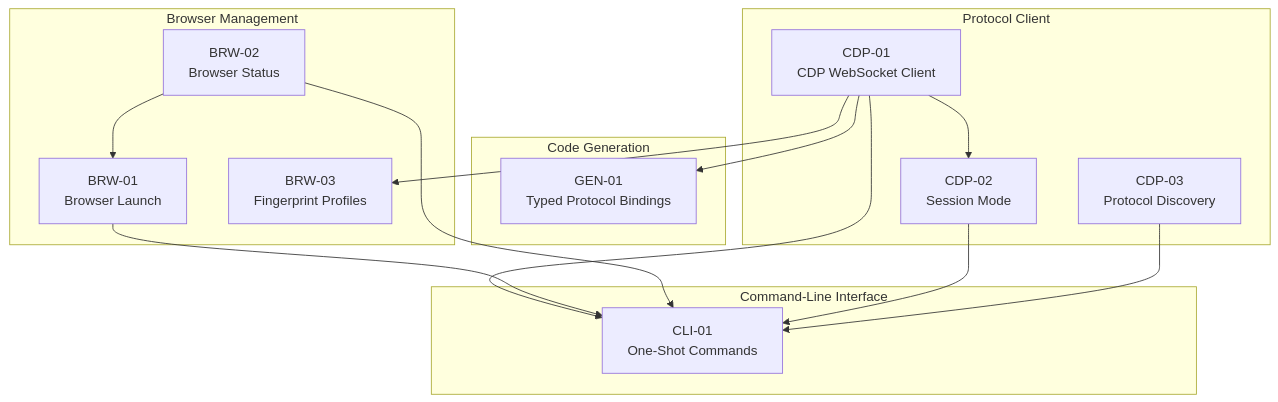
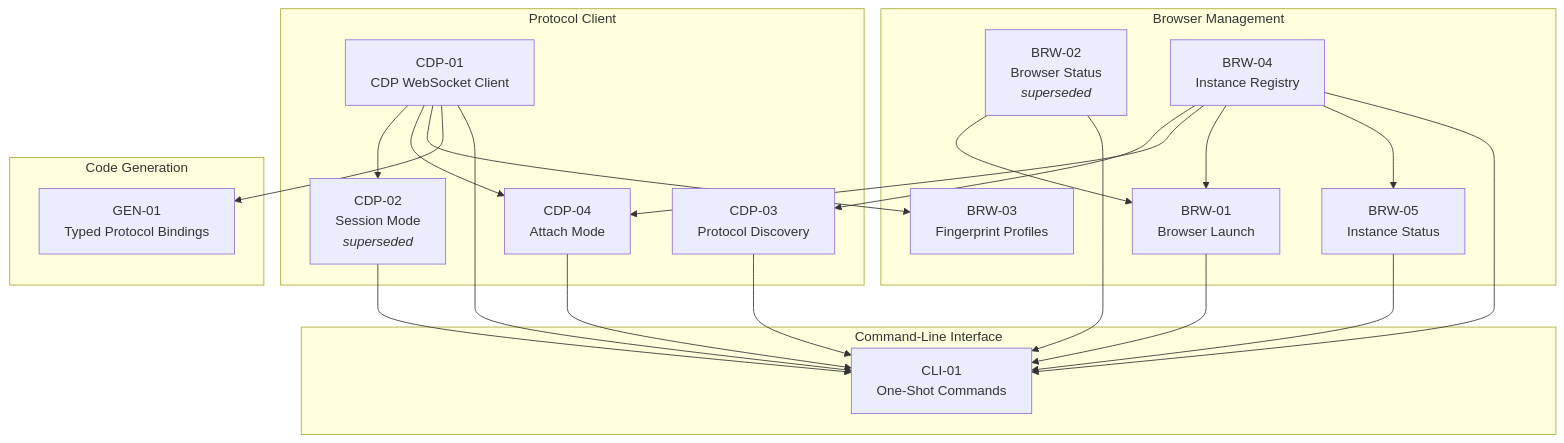
Before and after one commit to captivus/chrome-agent: the diagram in planning/04-dependency-matrix.md, drawn with Mermaid. The commit also changed other lines of this file and 2 other files, not shown here.

First line of the commit message:
Update dependency analysis for iteration 2

````diff
--- a/planning/04-dependency-matrix.md
+++ b/planning/04-dependency-matrix.md
@@ -24,36 +27,54 @@
 ```mermaid
 flowchart TD
     subgraph CDP["Protocol Client"]
         CDP-01["CDP-01<br/>CDP WebSocket Client"]
-        CDP-02["CDP-02<br/>Session Mode"]
+        CDP-02["CDP-02<br/>Session Mode<br/><i>superseded</i>"]
         CDP-03["CDP-03<br/>Protocol Discovery"]
+        CDP-04["CDP-04<br/>Attach Mode"]
+    end
+
+    subgraph BRW["Browser Management"]
+        BRW-01["BRW-01<br/>Browser Launch"]
+        BRW-02["BRW-02<br/>Browser Status<br/><i>superseded</i>"]
+        BRW-03["BRW-03<br/>Fingerprint Profiles"]
+        BRW-04["BRW-04<br/>Instance Registry"]
+        BRW-05["BRW-05<br/>Instance Status"]
     end
 
     subgraph GEN["Code Generation"]
         GEN-01["GEN-01<br/>Typed Protocol Bindings"]
     end
 
-    subgraph BRW["Browser Management"]
-        BRW-01["BRW-01<br/>Browser Launch"]
-        BRW-02["BRW-02<br/>Browser Status"]
-        BRW-03["BRW-03<br/>Fingerprint Profiles"]
-    end
-
     subgraph CLI["Command-Line Interface"]
         CLI-01["CLI-01<br/>One-Shot Commands"]
     end
 
-    %% Internal dependencies
+    %% Root features: CDP-01, BRW-02, BRW-04 (no dependencies)
+
+    %% CDP internal
     CDP-01 --> CDP-02
+    CDP-01 --> CDP-04
+
+    %% Cross-category: BRW-04 is the new hub
+    BRW-04 --> CDP-03
+    BRW-04 --> CDP-04
+    BRW-04 --> BRW-01
+    BRW-04 --> BRW-05
+
+    %% BRW internal
+    BRW-02 --> BRW-01
+
+    %% Cross-category: CDP-01 used by BRW and GEN
+    CDP-01 --> BRW-03
     CDP-01 --> GEN-01
-    BRW-02 --> BRW-01
-    CDP-01 --> BRW-03
-    %% BRW-03 --> BRW-01 removed: fingerprinting is optional, not a dependency
 
-    %% CLI depends on everything
+    %% CLI depends on everything (routing layer)
     CDP-01 --> CLI-01
     BRW-01 --> CLI-01
     BRW-02 --> CLI-01
     CDP-02 --> CLI-01
     CDP-03 --> CLI-01
+    BRW-04 --> CLI-01
+    CDP-04 --> CLI-01
+    BRW-05 --> CLI-01
 ```
````
